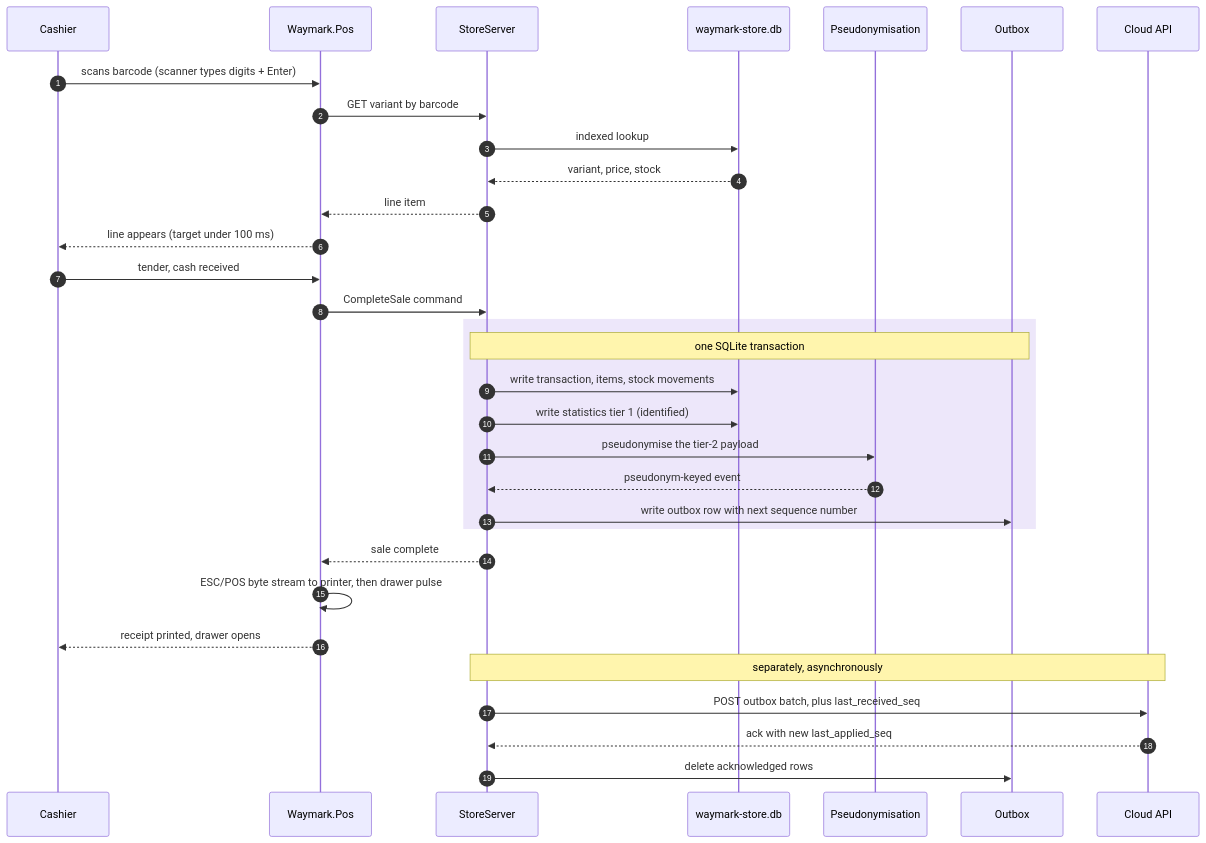
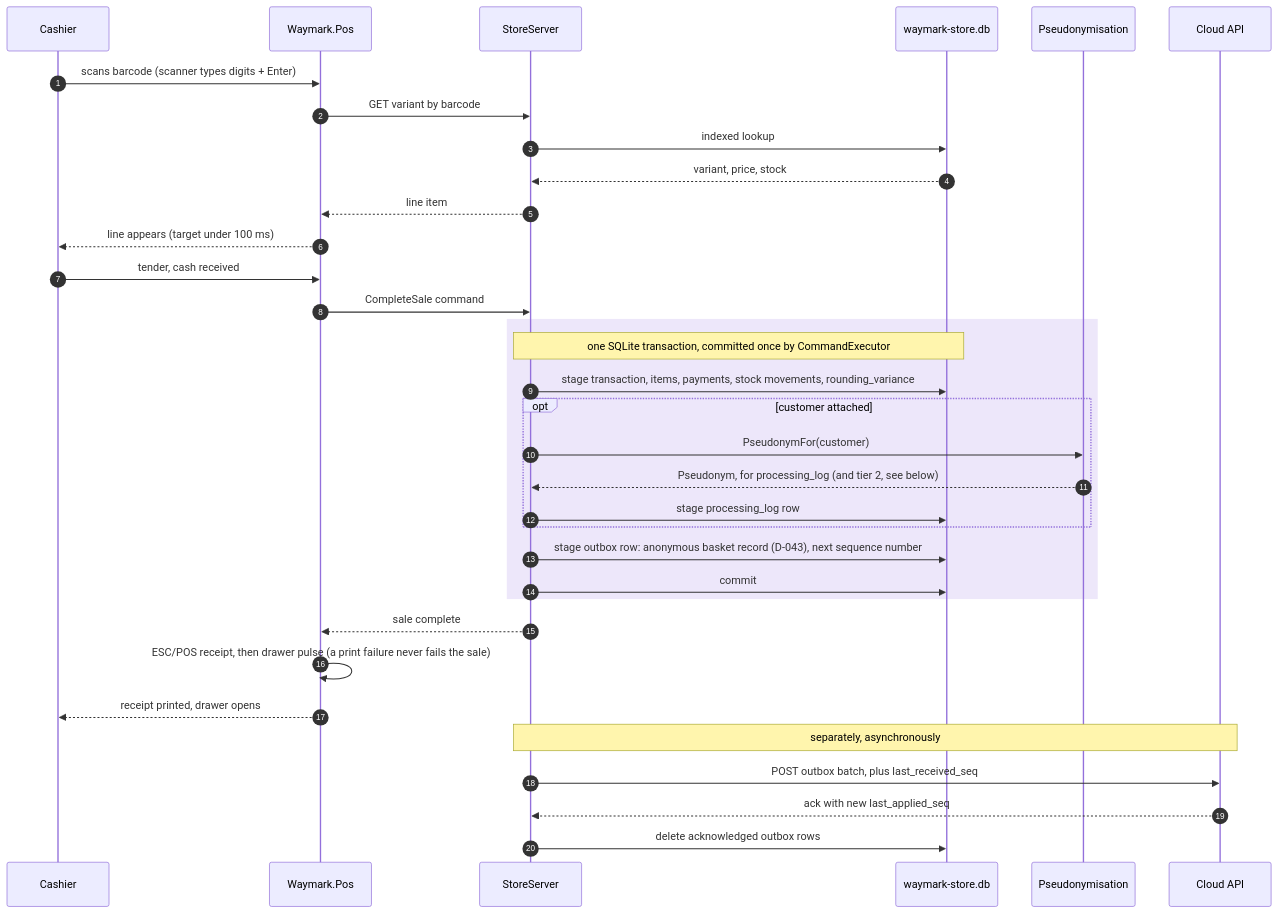
The diagram in docs/diagrams/06-sequence-sale.md (RAHAI-HAKIM/Waymark), drawn with Mermaid before and after one commit. The commit also changed other lines of this file and 18 other files, not shown here.

````diff
--- a/docs/diagrams/06-sequence-sale.md
+++ b/docs/diagrams/06-sequence-sale.md
@@ -6,39 +7,41 @@
 ```mermaid
 sequenceDiagram
     autonumber
     participant C as Cashier
     participant P as Waymark.Pos
     participant S as StoreServer
     participant D as waymark-store.db
     participant PS as Pseudonymisation
-    participant O as Outbox
     participant API as Cloud API
 
     C->>P: scans barcode (scanner types digits + Enter)
     P->>S: GET variant by barcode
     S->>D: indexed lookup
     D-->>S: variant, price, stock
     S-->>P: line item
     P-->>C: line appears (target under 100 ms)
 
     C->>P: tender, cash received
     P->>S: CompleteSale command
 
     rect rgb(237, 231, 250)
-    note over S,O: one SQLite transaction
-    S->>D: write transaction, items, stock movements
-    S->>D: write statistics tier 1 (identified)
-    S->>PS: pseudonymise the tier-2 payload
-    PS-->>S: pseudonym-keyed event
-    S->>O: write outbox row with next sequence number
+    note over S,D: one SQLite transaction, committed once by CommandExecutor
+    S->>D: stage transaction, items, payments, stock movements, rounding_variance
+    opt customer attached
+        S->>PS: PseudonymFor(customer)
+        PS-->>S: Pseudonym, for processing_log (and tier 2, see below)
+        S->>D: stage processing_log row
+    end
+    S->>D: stage outbox row: anonymous basket record (D-043), next sequence number
+    S->>D: commit
     end
 
     S-->>P: sale complete
-    P->>P: ESC/POS byte stream to printer, then drawer pulse
+    P->>P: ESC/POS receipt, then drawer pulse (a print failure never fails the sale)
     P-->>C: receipt printed, drawer opens
 
     note over S,API: separately, asynchronously
     S->>API: POST outbox batch, plus last_received_seq
     API-->>S: ack with new last_applied_seq
-    S->>O: delete acknowledged rows
+    S->>D: delete acknowledged outbox rows
 ```
````
